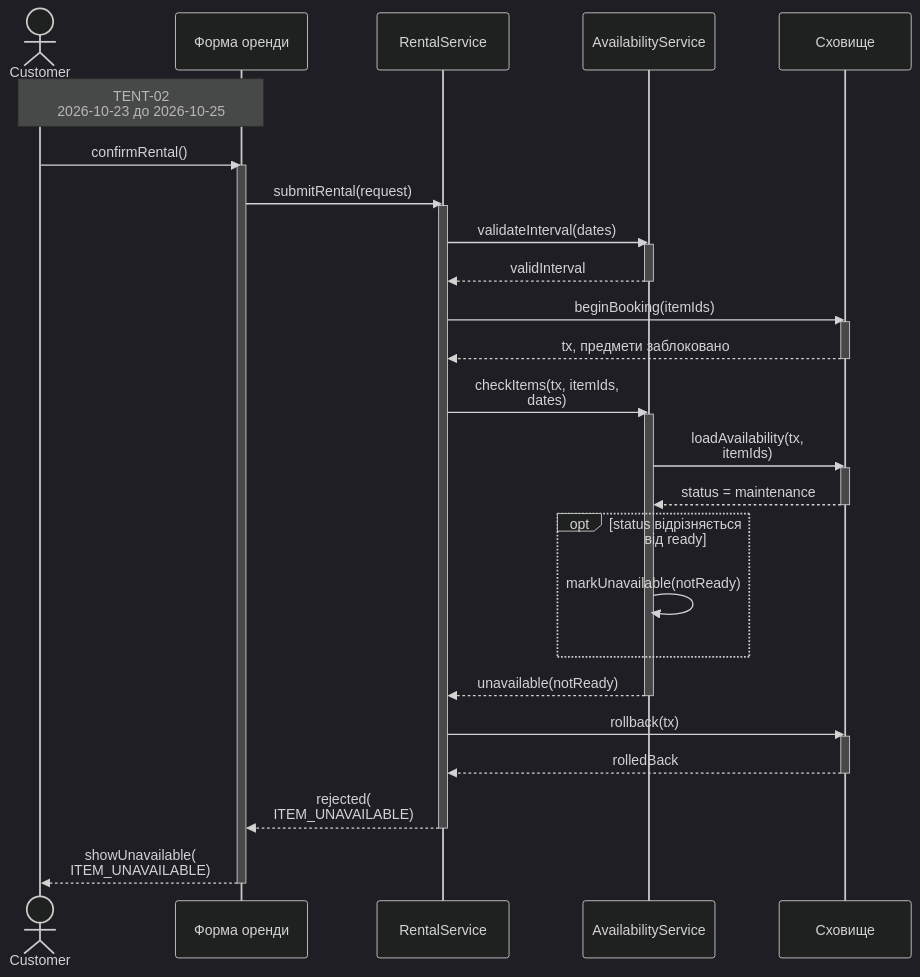
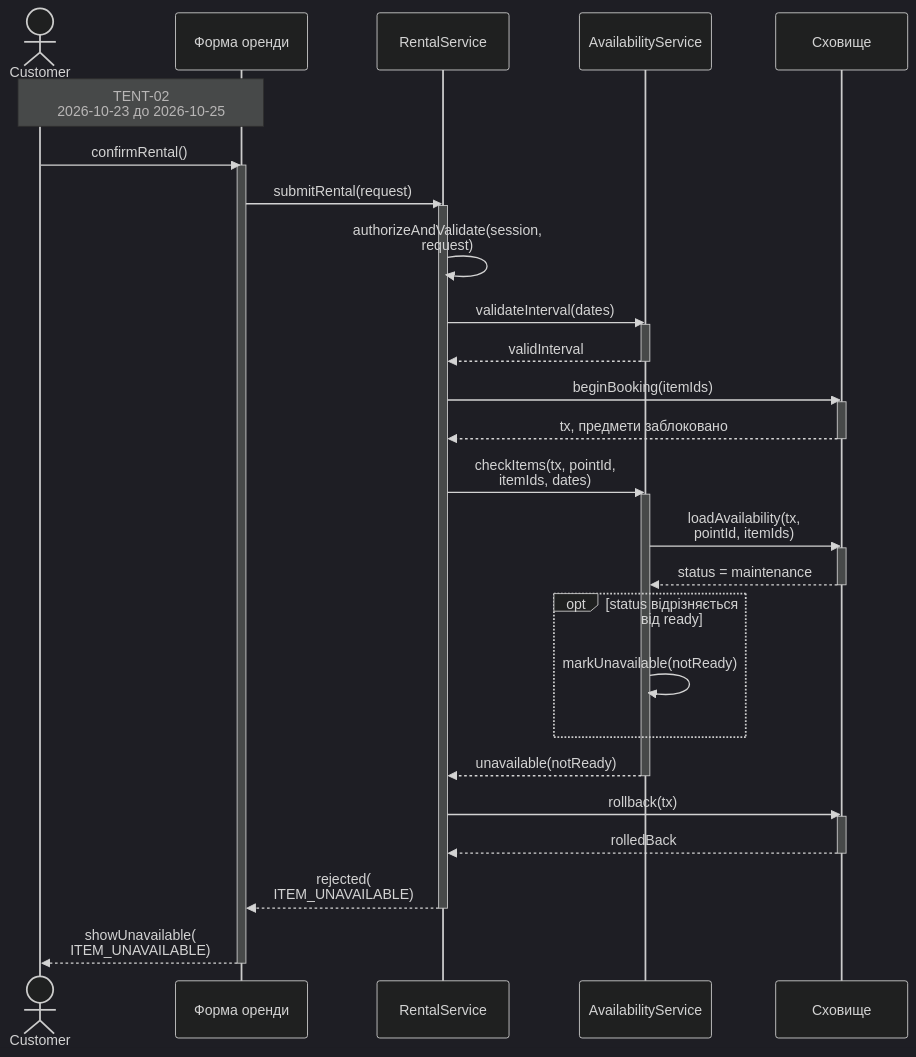
One commit to kirgafan/KPI_labs changed the third of 6 diagrams in Labs/lab-3/model.md. Above: the diagram before and after it, drawn with Mermaid (dark theme). The commit also changed other lines of this file and 3 other files, not shown here.

First line of the commit message:
fix(lab-3): validate booking ownership, items and agreed rates

````diff
--- a/Labs/lab-3/model.md
+++ b/Labs/lab-3/model.md
@@ -110,40 +129,41 @@
 ```mermaid
 sequenceDiagram
     actor C as Customer
     participant U as Форма оренди
     participant R as RentalService
     participant A as AvailabilityService
     participant S as Сховище
     Note over C,U: TENT-02<br/>2026-10-23 до 2026-10-25
     C->>U: confirmRental()
     activate U
     U->>R: submitRental(request)
     activate R
+    R->>R: authorizeAndValidate(session,<br/>request)
     R->>A: validateInterval(dates)
     activate A
     A-->>R: validInterval
     deactivate A
     R->>S: beginBooking(itemIds)
     activate S
     S-->>R: tx, предмети заблоковано
     deactivate S
-    R->>A: checkItems(tx, itemIds,<br/>dates)
+    R->>A: checkItems(tx, pointId,<br/>itemIds, dates)
     activate A
-    A->>S: loadAvailability(tx,<br/>itemIds)
+    A->>S: loadAvailability(tx,<br/>pointId, itemIds)
     activate S
     S-->>A: status = maintenance
     deactivate S
     opt status відрізняється від ready
         A->>A: markUnavailable(notReady)
     end
     A-->>R: unavailable(notReady)
     deactivate A
     R->>S: rollback(tx)
     activate S
     S-->>R: rolledBack
     deactivate S
     R-->>U: rejected(<br/>ITEM_UNAVAILABLE)
     deactivate R
     U-->>C: showUnavailable(<br/>ITEM_UNAVAILABLE)
     deactivate U
 ```
````
